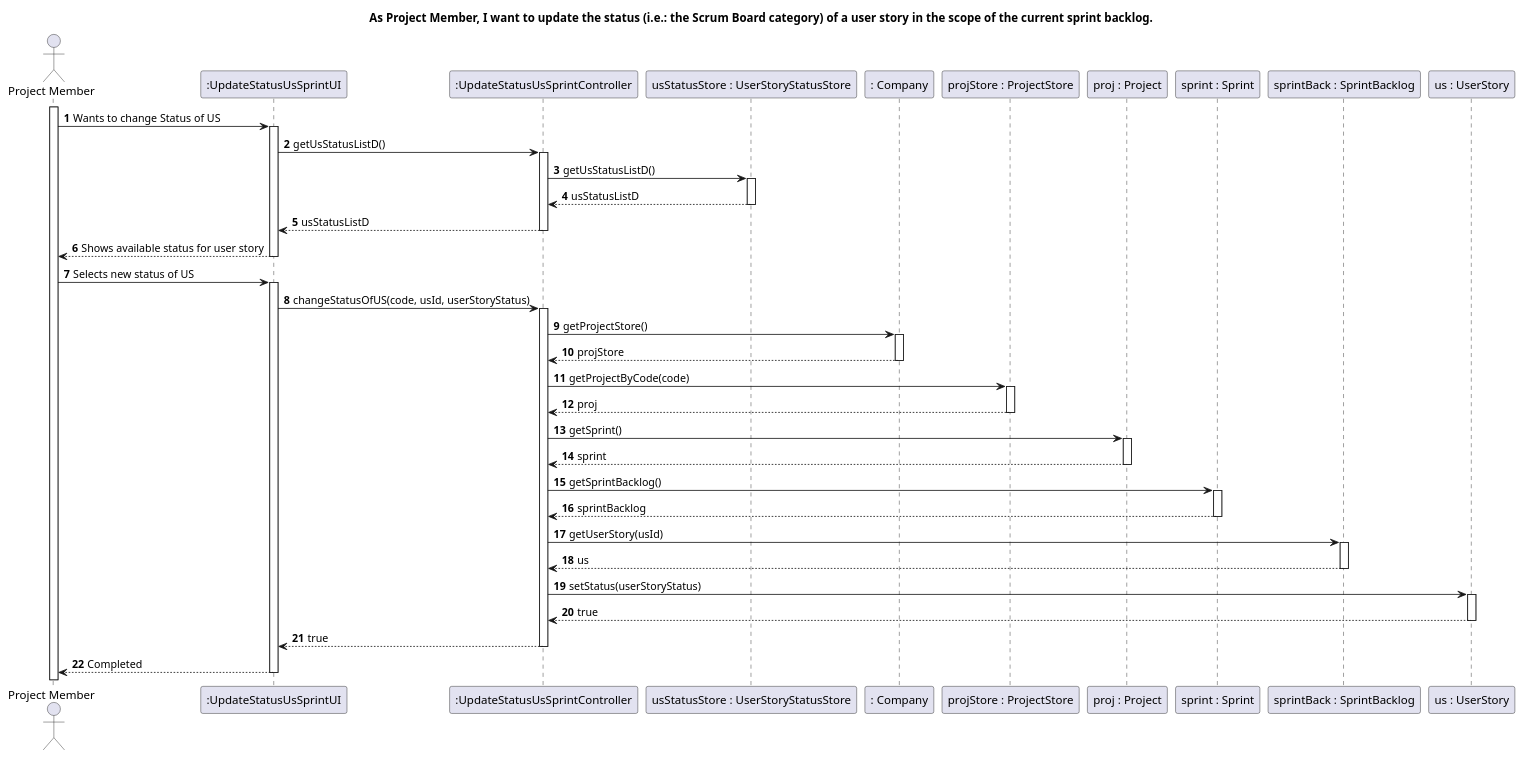
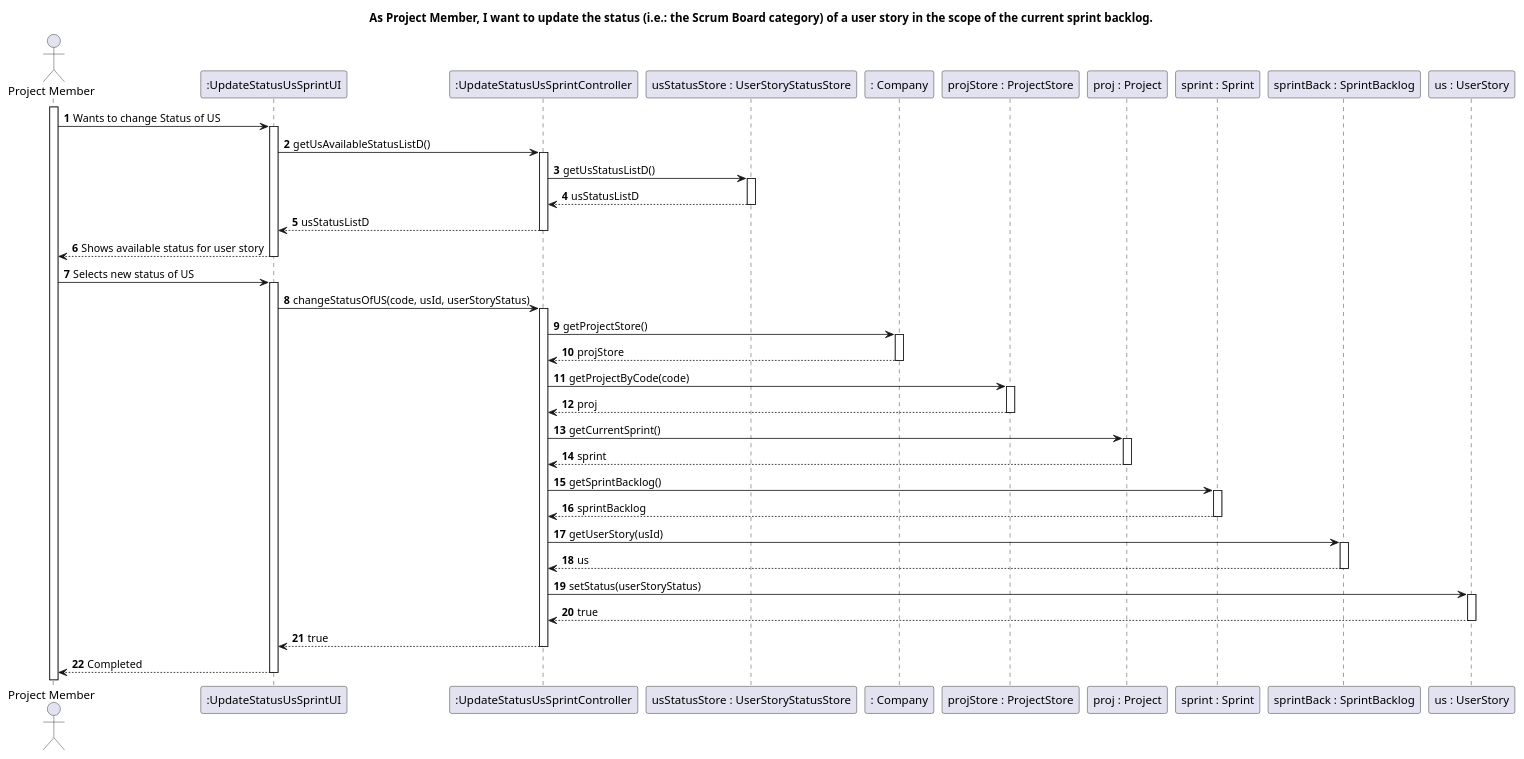
One commit to nunogon1211787/projectManagement changed the diagram in docs/Sprint3/US034/US034-SD.puml. Above: the diagram before and after it, drawn with PlantUML. The commit also changed 4 other files, not shown here.

```diff
--- a/docs/Sprint3/US034/US034-SD.puml
+++ b/docs/Sprint3/US034/US034-SD.puml
@@ -1,51 +1,51 @@
 @startuml
 'https://plantuml.com/sequence-diagram
 
 title As Project Member, I want to update the status (i.e.: the Scrum Board category) of a user story in the scope of the current sprint backlog.
 
 autoactivate on
 autonumber
 
 actor "Project Member" as PM
 participant ":UpdateStatusUsSprintUI" as System
 participant ":UpdateStatusUsSprintController" as Ctrl
 participant "usStatusStore : UserStoryStatusStore" as C7
 participant ": Company" as C1
 participant "projStore : ProjectStore" as C2
 participant "proj : Project" as C3
 participant "sprint : Sprint" as C5
 participant "sprintBack : SprintBacklog" as C4
 
 participant "us : UserStory" as C6
 
 activate PM
 
 PM -> System: Wants to change Status of US
-System -> Ctrl: getUsStatusListD()
+System -> Ctrl: getUsAvailableStatusListD()
 Ctrl -> C7: getUsStatusListD()
 C7 --> Ctrl: usStatusListD
 Ctrl --> System: usStatusListD
 System --> PM: Shows available status for user story
 
 PM -> System: Selects new status of US
 System -> Ctrl: changeStatusOfUS(code, usId, userStoryStatus)
 Ctrl -> C1: getProjectStore()
 C1 --> Ctrl: projStore
 Ctrl -> C2: getProjectByCode(code)
 C2 --> Ctrl: proj
-Ctrl -> C3: getSprint()
+Ctrl -> C3: getCurrentSprint()
 C3 --> Ctrl: sprint
 Ctrl -> C5: getSprintBacklog()
 C5 --> Ctrl: sprintBacklog
 Ctrl -> C4: getUserStory(usId)
 C4 --> Ctrl: us
 Ctrl -> C6: setStatus(userStoryStatus)
 C6 --> Ctrl: true
 Ctrl --> System: true
 System --> PM: Completed
 
 
 
 
 
 @enduml
```
